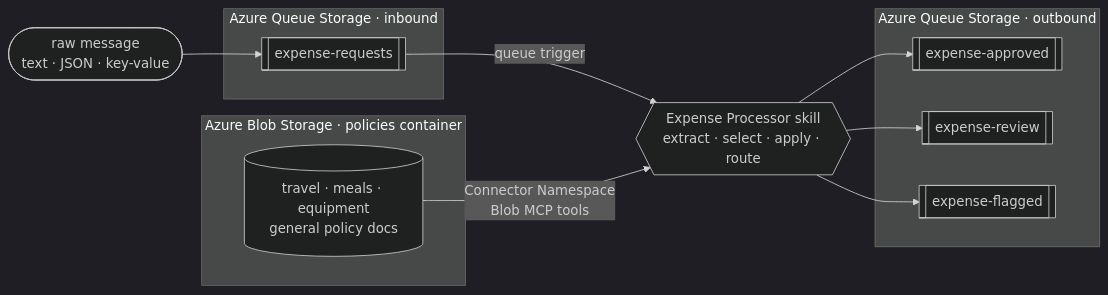
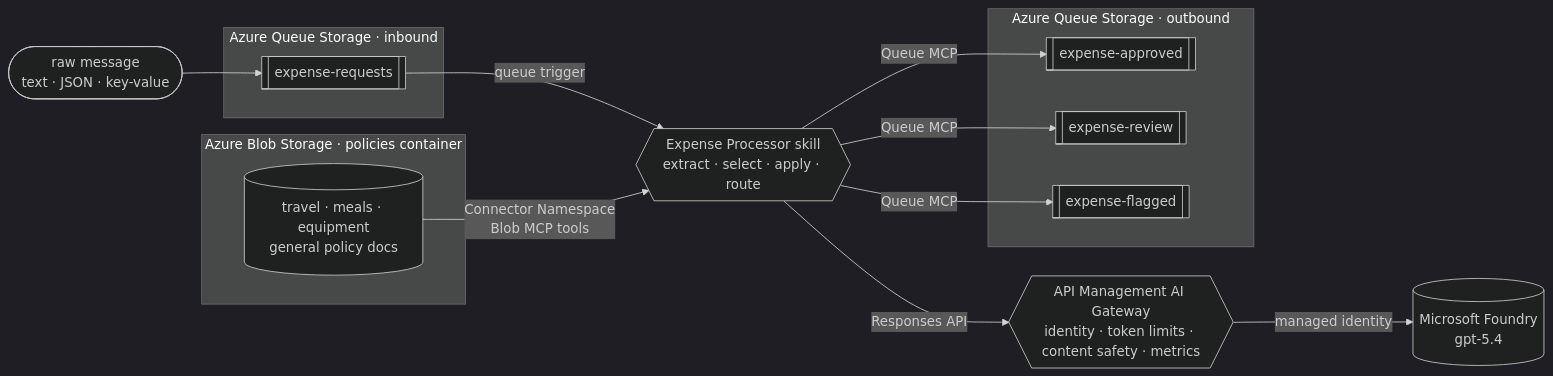
One commit to Azure-Samples/expense-processor changed the diagram in README.md. Above: the diagram before and after it, drawn with Mermaid (dark theme). The commit also changed other lines of this file and 22 other files, not shown here.

First line of the commit message:
Add governed AI gateway and queue MCP routing

````diff
--- a/README.md
+++ b/README.md
@@ -100,27 +116,31 @@
 ```mermaid
 flowchart LR
     msg([raw message<br/>text · JSON · key-value])
 
     subgraph inbound["Azure Queue Storage · inbound"]
         inq[[expense-requests]]
     end
 
     subgraph policies["Azure Blob Storage · policies container"]
         pdocs[(travel · meals · equipment<br/>general policy docs)]
     end
 
     skill{{Expense Processor skill<br/>extract · select · apply · route}}
+    gateway{{API Management AI Gateway<br/>identity · token limits · content safety · metrics}}
+    model[(Microsoft Foundry<br/>gpt-5.4)]
 
     subgraph outbound["Azure Queue Storage · outbound"]
         approved[[expense-approved]]
         review[[expense-review]]
         flagged[[expense-flagged]]
     end
 
     msg --> inq
     inq -->|queue trigger| skill
     pdocs -->|Connector Namespace<br/>Blob MCP tools| skill
-    skill --> approved
-    skill --> review
-    skill --> flagged
+    skill -->|Responses API| gateway
+    gateway -->|managed identity| model
+    skill -->|Queue MCP| approved
+    skill -->|Queue MCP| review
+    skill -->|Queue MCP| flagged
 ```
````
